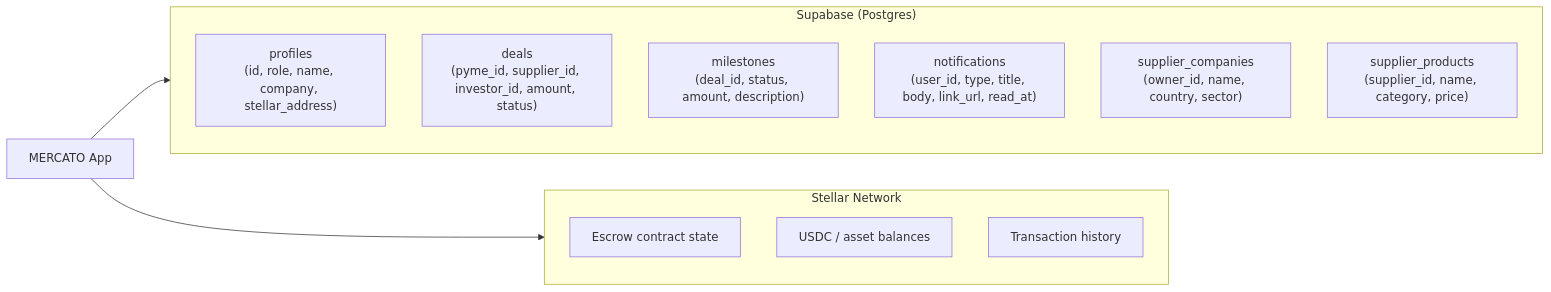
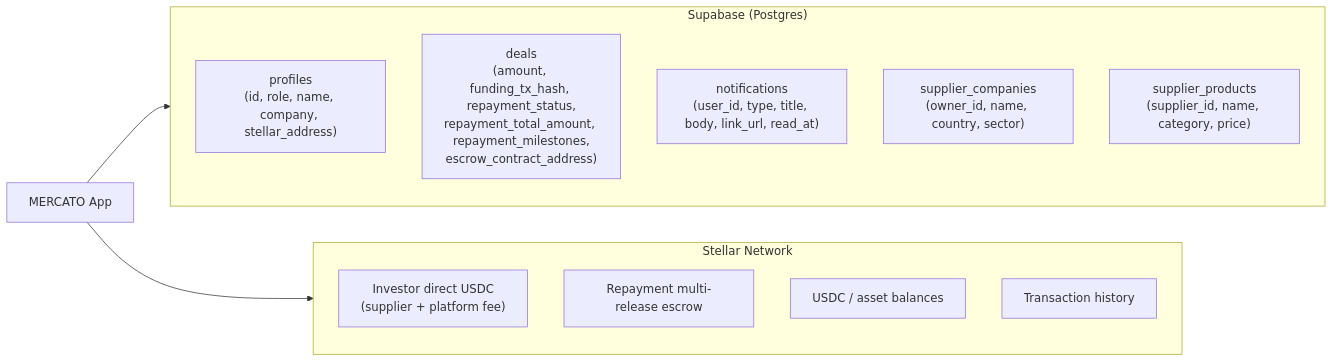
One commit to mercato-supply-chain/mercato-dapp changed the tenth of 12 diagrams in doc/architecture.md. Above: the diagram before and after it, drawn with Mermaid. The commit also changed other lines of this file and 2 other files, not shown here.

First line of the commit message:
docs: sync README and architecture with multi-release repayment flow

````diff
--- a/doc/architecture.md
+++ b/doc/architecture.md
@@ -614,20 +630,20 @@
 ```mermaid
 flowchart LR
   subgraph Supabase["Supabase (Postgres)"]
     Profiles["profiles\n(id, role, name, company, stellar_address)"]
-    Deals["deals\n(pyme_id, supplier_id, investor_id, amount, status)"]
-    Milestones["milestones\n(deal_id, status, amount, description)"]
+    Deals["deals\n(amount, funding_tx_hash, repayment_status,\nrepayment_total_amount, repayment_milestones,\nescrow_contract_address)"]
     Notifications["notifications\n(user_id, type, title, body, link_url, read_at)"]
     SupplierCompanies["supplier_companies\n(owner_id, name, country, sector)"]
     SupplierProducts["supplier_products\n(supplier_id, name, category, price)"]
   end
 
   subgraph Stellar["Stellar Network"]
-    EscrowState["Escrow contract state"]
+    DirectPay["Investor direct USDC\n(supplier + platform fee)"]
+    EscrowState["Repayment multi-release escrow"]
     Balances["USDC / asset balances"]
     TxHistory["Transaction history"]
   end
 
   App["MERCATO App"] --> Supabase
   App --> Stellar
 ```
````
